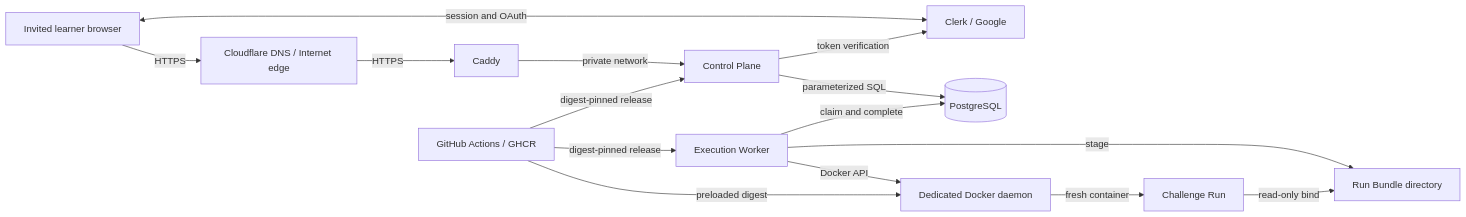
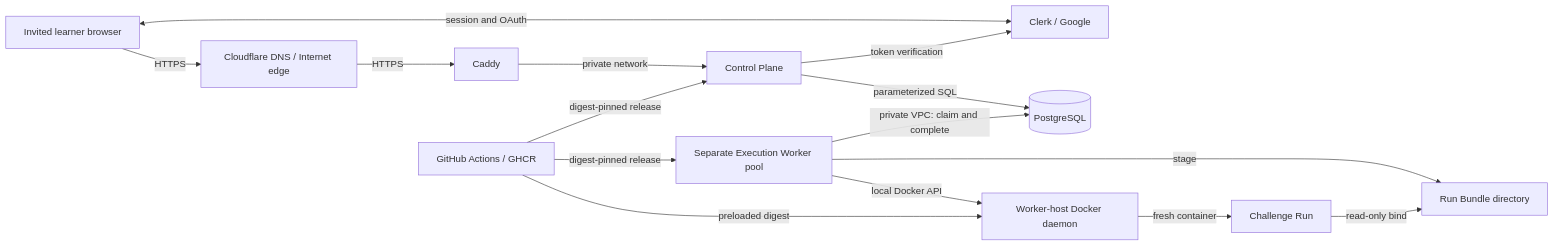
One commit to oseni99/makeitgreen changed the diagram in greenline/THREAT_MODEL.md. Above: the diagram before and after it, drawn with Mermaid. The commit also changed other lines of this file and 11 other files, not shown here.

````diff
--- a/greenline/THREAT_MODEL.md
+++ b/greenline/THREAT_MODEL.md
@@ -77,17 +84,17 @@
 ```mermaid
 flowchart LR
     U[Invited learner browser] -->|HTTPS| E[Cloudflare DNS / Internet edge]
     E -->|HTTPS| C[Caddy]
     C -->|private network| A[Control Plane]
     U <-->|session and OAuth| K[Clerk / Google]
     A -->|token verification| K
     A -->|parameterized SQL| P[(PostgreSQL)]
-    W[Execution Worker] -->|claim and complete| P
-    W -->|Docker API| D[Dedicated Docker daemon]
+    W[Separate Execution Worker pool] -->|private VPC: claim and complete| P
+    W -->|local Docker API| D[Worker-host Docker daemon]
     D -->|fresh container| R[Challenge Run]
     W -->|stage| B[Run Bundle directory]
     R -->|read-only bind| B
     G[GitHub Actions / GHCR] -->|digest-pinned release| A
     G -->|digest-pinned release| W
     G -->|preloaded digest| D
 ```
````
